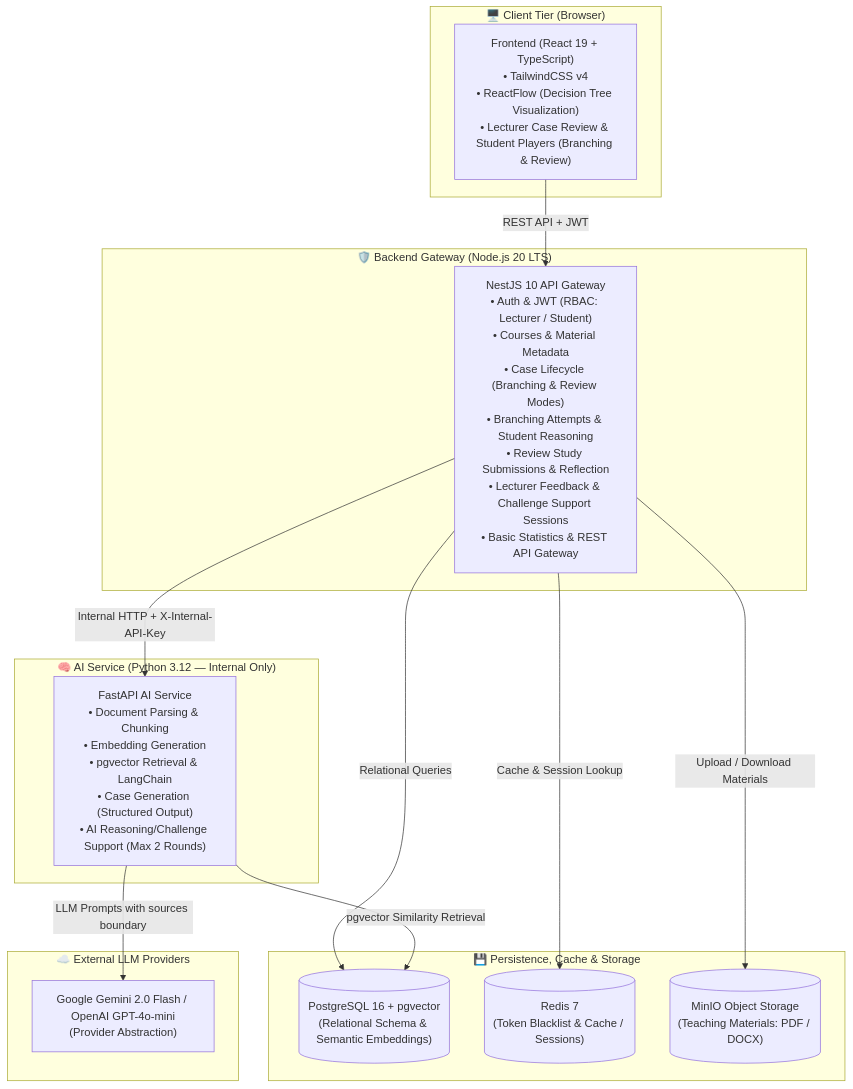
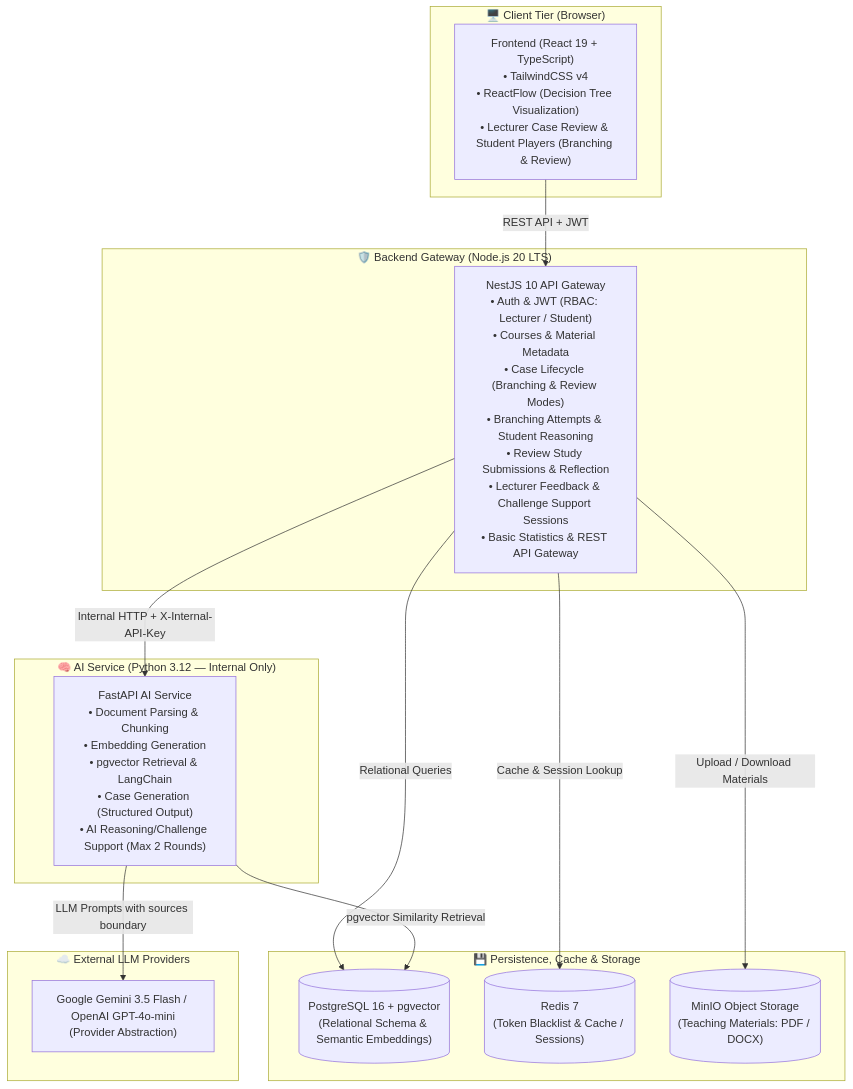
Before and after one commit to HoangNam2464/EduBranch-AI: the diagram in docs/architecture/SYSTEM-ARCHITECTURE.md, drawn with Mermaid. The commit also changed other lines of this file and 18 other files, not shown here.

First line of the commit message:
fix(ai-service): pin the case-generation model to gemini-3.5-flash

````diff
--- a/docs/architecture/SYSTEM-ARCHITECTURE.md
+++ b/docs/architecture/SYSTEM-ARCHITECTURE.md
@@ -54,32 +54,32 @@
 ```mermaid
 flowchart TD
     subgraph Client ["🖥️ Client Tier (Browser)"]
         FE["Frontend (React 19 + TypeScript)\n• TailwindCSS v4\n• ReactFlow (Decision Tree Visualization)\n• Lecturer Case Review & Student Players (Branching & Review)"]
     end
 
     subgraph Gateway ["🛡️ Backend Gateway (Node.js 20 LTS)"]
         BG["NestJS 10 API Gateway\n• Auth & JWT (RBAC: Lecturer / Student)\n• Courses & Material Metadata\n• Case Lifecycle (Branching & Review Modes)\n• Branching Attempts & Student Reasoning\n• Review Study Submissions & Reflection\n• Lecturer Feedback & Challenge Support Sessions\n• Basic Statistics & REST API Gateway"]
     end
 
     subgraph Storage ["💾 Persistence, Cache & Storage"]
         PG[("PostgreSQL 16 + pgvector\n(Relational Schema & Semantic Embeddings)")]
         REDIS[("Redis 7\n(Token Blacklist & Cache / Sessions)")]
         MINIO[("MinIO Object Storage\n(Teaching Materials: PDF / DOCX)")]
     end
 
     subgraph InternalAI ["🧠 AI Service (Python 3.12 — Internal Only)"]
         AI["FastAPI AI Service\n• Document Parsing & Chunking\n• Embedding Generation\n• pgvector Retrieval & LangChain\n• Case Generation (Structured Output)\n• AI Reasoning/Challenge Support (Max 2 Rounds)"]
     end
 
     subgraph Providers ["☁️ External LLM Providers"]
-        LLM["Google Gemini 2.0 Flash / OpenAI GPT-4o-mini\n(Provider Abstraction)"]
+        LLM["Google Gemini 3.5 Flash / OpenAI GPT-4o-mini\n(Provider Abstraction)"]
     end
 
     FE -->|REST API + JWT| BG
     BG -->|Relational Queries| PG
     BG -->|Cache & Session Lookup| REDIS
     BG -->|Upload / Download Materials| MINIO
     BG -->|Internal HTTP + X-Internal-API-Key| AI
     AI -->|pgvector Similarity Retrieval| PG
     AI -->|LLM Prompts with sources boundary| LLM
 ```
````
